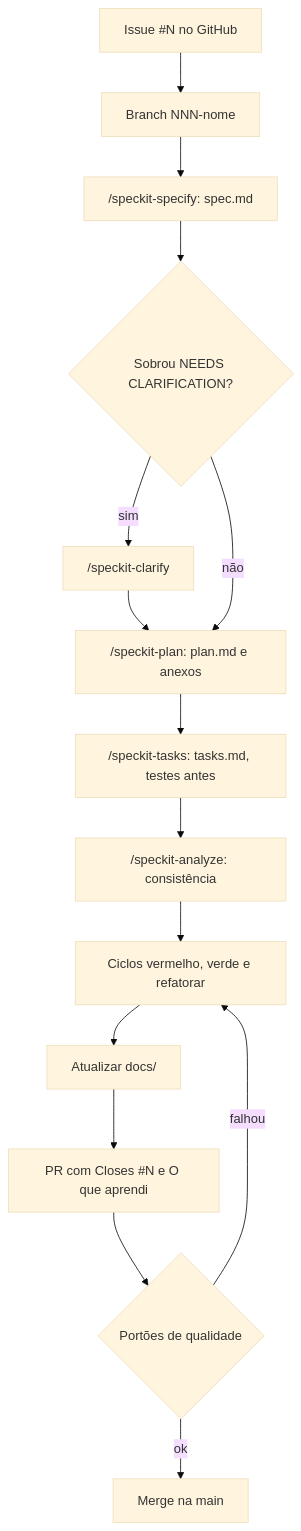
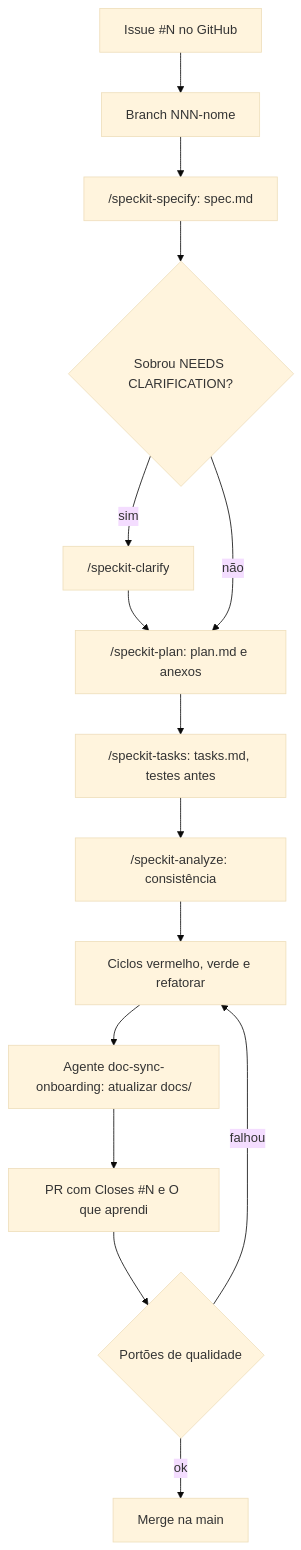
Before and after one commit to hOtoch/desvenda: the first of 2 diagrams in docs/workflow.md, drawn with Mermaid (base theme). The commit also changed other lines of this file and 2 other files, not shown here.

First line of the commit message:
docs: documenta o agente de documentação e o estado do GitHub

````diff
--- a/docs/workflow.md
+++ b/docs/workflow.md
@@ -11,17 +11,17 @@
 ```mermaid
 graph TD
     I["Issue #N no GitHub"] --> B["Branch NNN-nome"]
     B --> S["/speckit-specify: spec.md"]
     S --> C{"Sobrou NEEDS CLARIFICATION?"}
     C -->|sim| CL["/speckit-clarify"]
     CL --> P
     C -->|não| P["/speckit-plan: plan.md e anexos"]
     P --> T["/speckit-tasks: tasks.md, testes antes"]
     T --> A["/speckit-analyze: consistência"]
     A --> TDD["Ciclos vermelho, verde e refatorar"]
-    TDD --> D["Atualizar docs/"]
+    TDD --> D["Agente doc-sync-onboarding: atualizar docs/"]
     D --> PR["PR com Closes #N e O que aprendi"]
     PR --> G{"Portões de qualidade"}
     G -->|ok| M["Merge na main"]
     G -->|falhou| TDD
 ```
````
